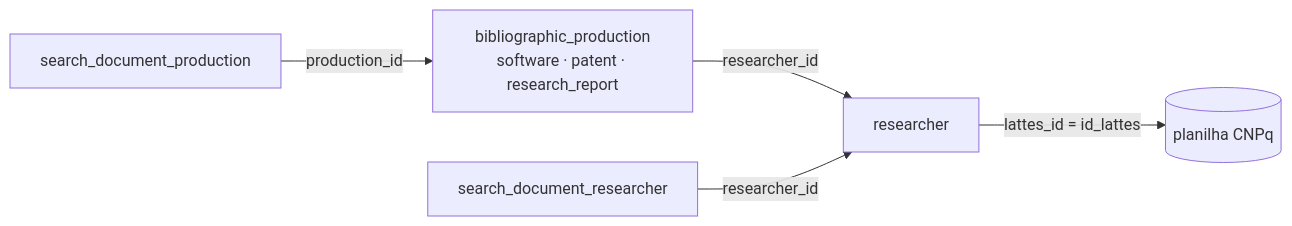
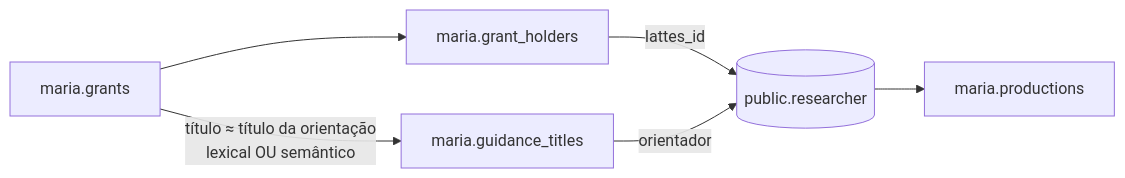
The diagram in docs/dados/simcc.md (meirelesgc/simcc-maria), drawn with Mermaid before and after one commit. The commit also changed other lines of this file and 27 other files, not shown here.

````diff
--- a/docs/dados/simcc.md
+++ b/docs/dados/simcc.md
@@ -65,7 +39,8 @@
 ```mermaid
 flowchart LR
-    SDP[search_document_production] -->|production_id| BP[bibliographic_production<br/>software · patent · research_report]
-    BP -->|researcher_id| R[researcher]
-    SDR[search_document_researcher] -->|researcher_id| R
-    R -->|lattes_id = id_lattes| CSV[(planilha CNPq)]
+    G[maria.grants] --> H[maria.grant_holders]
+    H -->|lattes_id| R[(public.researcher)]
+    G -->|título ≈ título da orientação<br/>lexical OU semântico| GT[maria.guidance_titles]
+    GT -->|orientador| R
+    R --> P[maria.productions]
 ```
````
